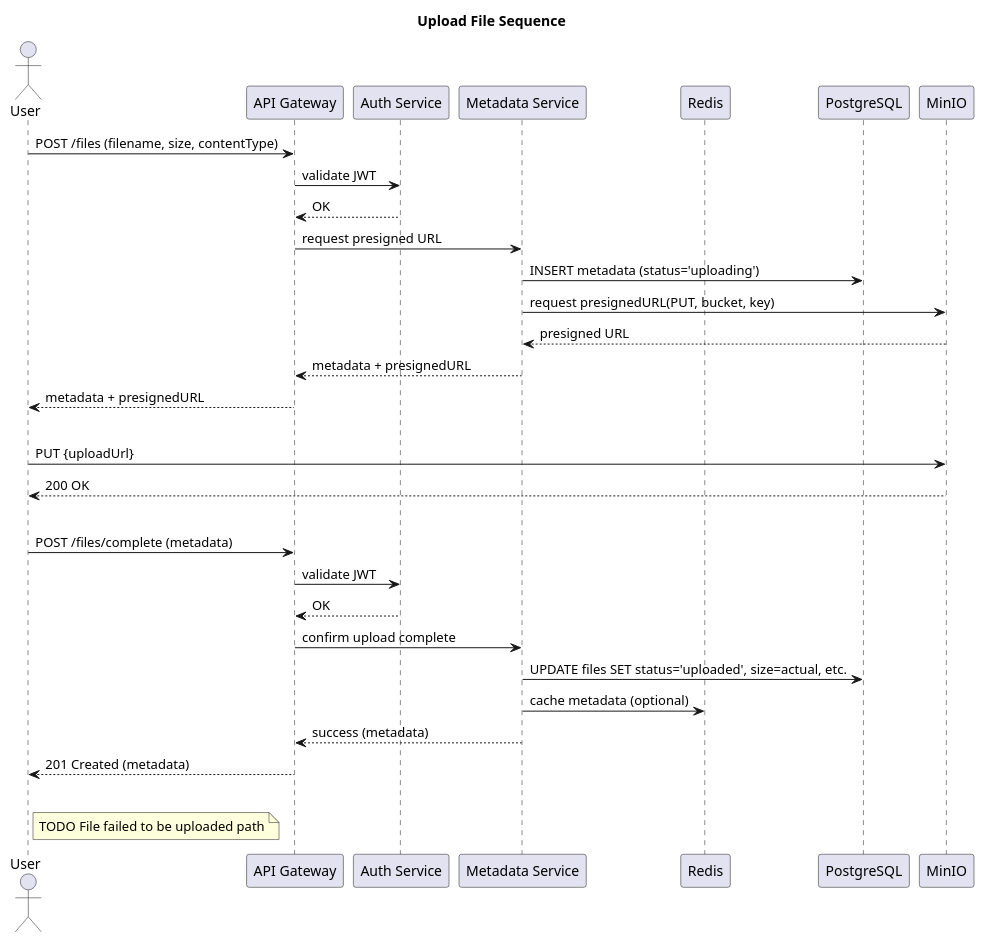
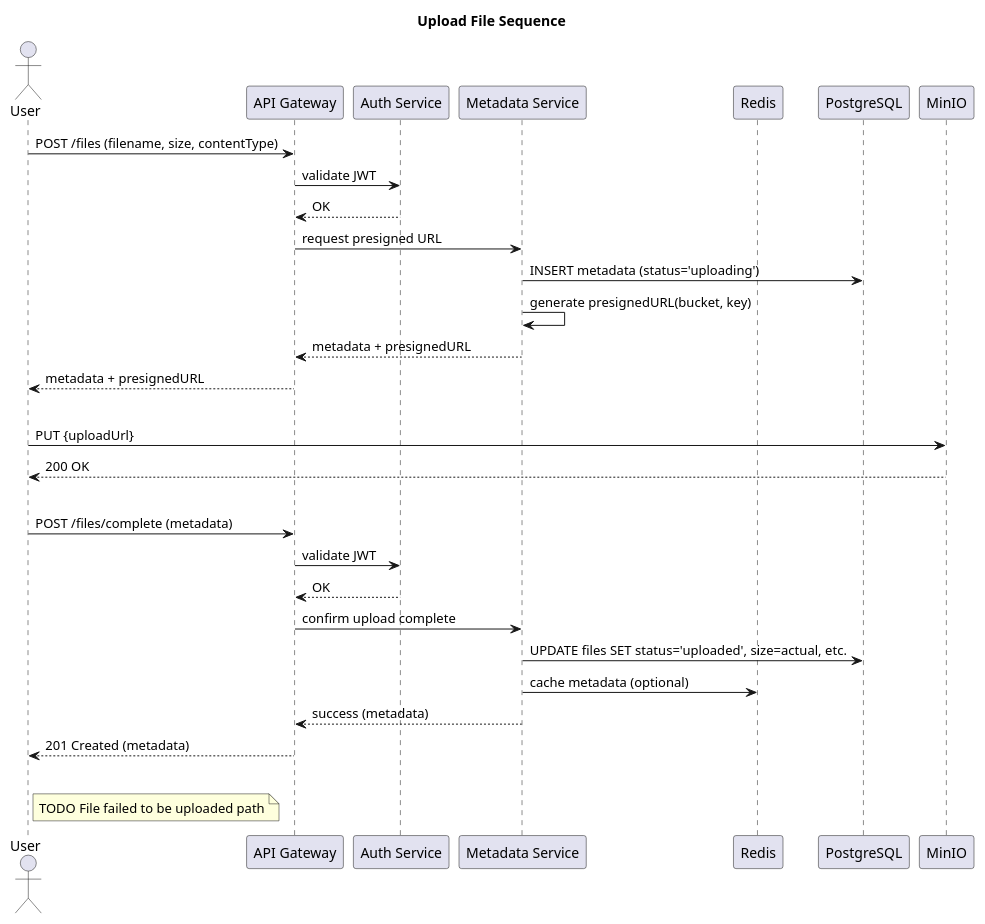
The diagram in diagrams/upload_flow_seq.puml (AndreiIauchuk/dropvox), drawn with PlantUML before and after one commit. The commit also changed 14 other files, not shown here.

```diff
--- a/diagrams/upload_flow_seq.puml
+++ b/diagrams/upload_flow_seq.puml
@@ -1,36 +1,35 @@
 @startuml upload_file_seq
 title Upload File Sequence
 
 actor "User" as user
 participant "API Gateway" as gate
 participant "Auth Service" as auth
 participant "Metadata Service" as metadata
 participant "Redis" as redis
 participant "PostgreSQL" as db
 participant "MinIO" as s3
 
 user -> gate: POST /files (filename, size, contentType)
 gate -> auth: validate JWT
 auth --> gate: OK
 gate -> metadata: request presigned URL
 metadata -> db: INSERT metadata (status='uploading')
-metadata -> s3: request presignedURL(PUT, bucket, key)
-s3 --> metadata: presigned URL
+metadata -> metadata: generate presignedURL(bucket, key)
 metadata --> gate: metadata + presignedURL
 gate --> user: metadata + presignedURL
 |||
 user -> s3: PUT {uploadUrl}
 s3 --> user: 200 OK
 |||
 user -> gate: POST /files/complete (metadata)
 gate -> auth: validate JWT
 auth --> gate: OK
 gate -> metadata: confirm upload complete
 metadata -> db: UPDATE files SET status='uploaded', size=actual, etc.
 metadata -> redis: cache metadata (optional)
 metadata --> gate: success (metadata)
 gate --> user: 201 Created (metadata)
 |||
 
 note right of user : TODO File failed to be uploaded path
 @enduml
```
